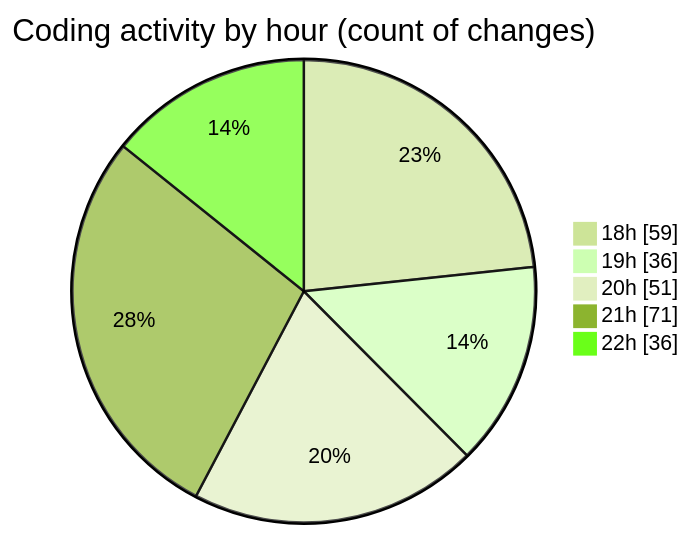
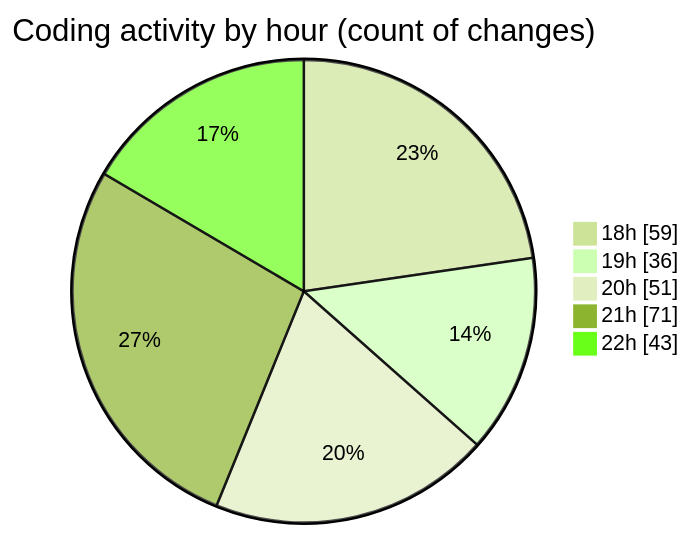
One commit to Netris89/code-tracking changed the second of 2 diagrams in 2025-04-02/back-end/README.md. Above: the diagram before and after it, drawn with Mermaid (forest theme). The commit also changed other lines of this file and 1 other file, not shown here.

````diff
--- a/2025-04-02/back-end/README.md
+++ b/2025-04-02/back-end/README.md
@@ -44,9 +44,9 @@
 ```mermaid
 pie showData
 title Coding activity by hour (count of changes)
 "18h" : 59
 "19h" : 36
 "20h" : 51
 "21h" : 71
-"22h" : 36
+"22h" : 43
 ```
````
